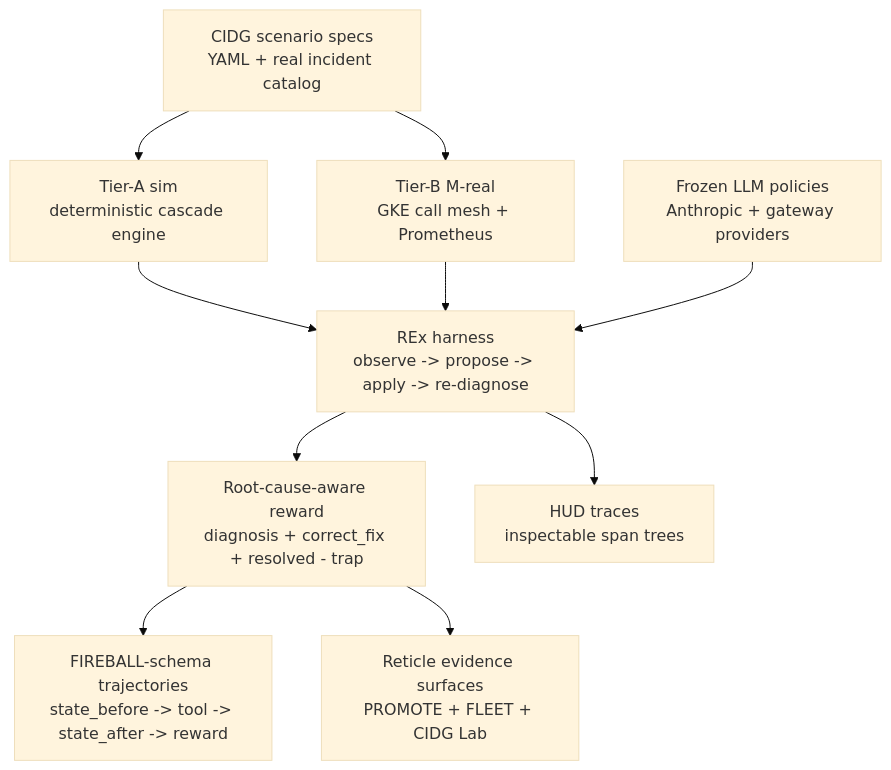
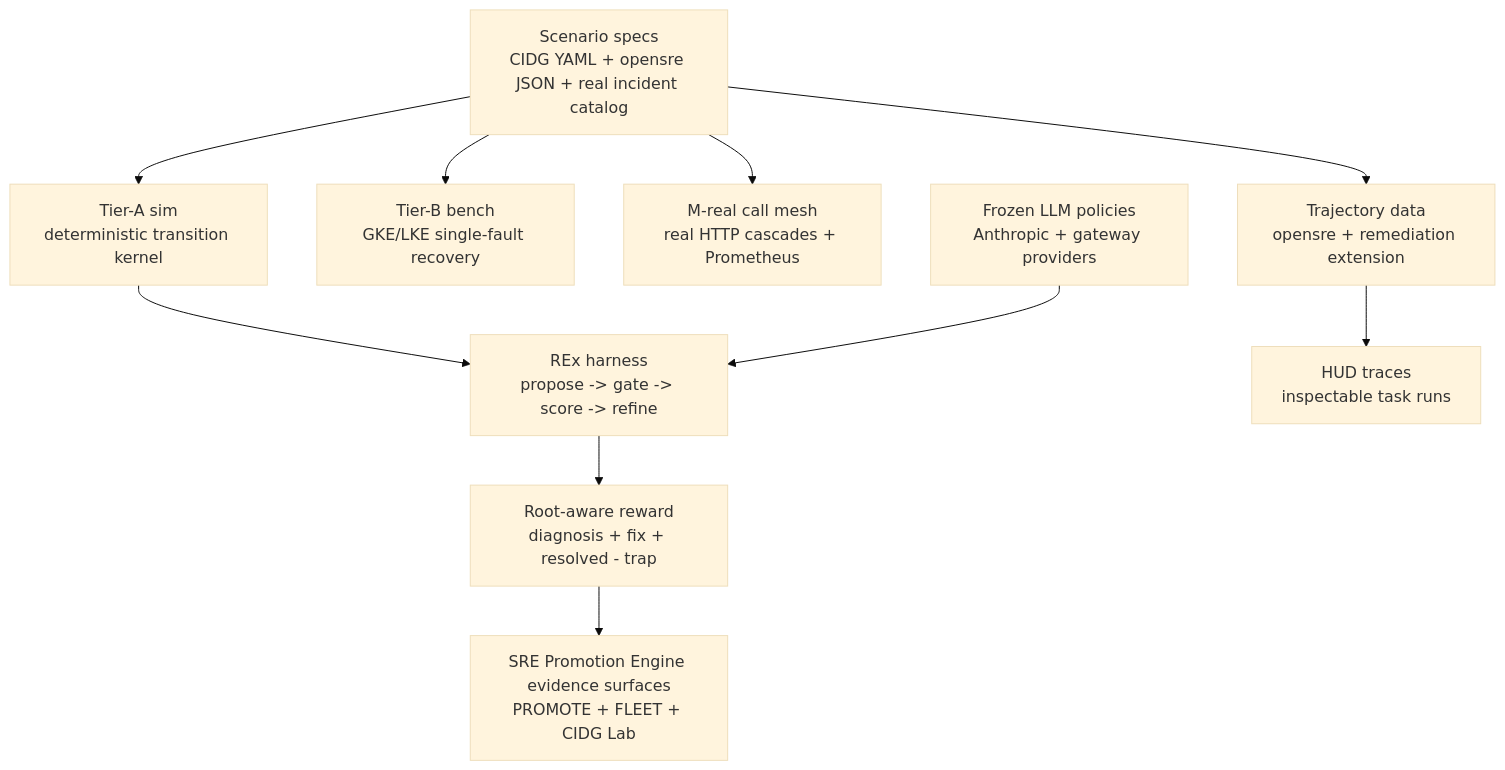
Before and after one commit to Wenjix/SRE-Degrees: the second of 3 diagrams in README.md, drawn with Mermaid (base theme). The commit also changed other lines of this file and 14 other files, not shown here.

Commit message:
Reframe as SRE Promotion Engine

````diff
--- a/README.md
+++ b/README.md
@@ -107,22 +164,23 @@
 ```mermaid
 flowchart TB
-  Specs["CIDG scenario specs<br/>YAML + real incident catalog"]
-  Sim["Tier-A sim<br/>deterministic cascade engine"]
-  Live["Tier-B M-real<br/>GKE call mesh + Prometheus"]
+  Specs["Scenario specs<br/>CIDG YAML + opensre JSON + real incident catalog"]
+  Sim["Tier-A sim<br/>deterministic transition kernel"]
+  Bench["Tier-B bench<br/>GKE/LKE single-fault recovery"]
+  Live["M-real call mesh<br/>real HTTP cascades + Prometheus"]
   Policy["Frozen LLM policies<br/>Anthropic + gateway providers"]
-  Rex["REx harness<br/>observe -> propose -> apply -> re-diagnose"]
-  Grade["Root-cause-aware reward<br/>diagnosis + correct_fix + resolved - trap"]
-  Traj["FIREBALL-schema trajectories<br/>state_before -> tool -> state_after -> reward"]
-  Hud["HUD traces<br/>inspectable span trees"]
-  Console["Reticle evidence surfaces<br/>PROMOTE + FLEET + CIDG Lab"]
+  Rex["REx harness<br/>propose -> gate -> score -> refine"]
+  Grade["Root-aware reward<br/>diagnosis + fix + resolved - trap"]
+  Traj["Trajectory data<br/>opensre + remediation extension"]
+  Hud["HUD traces<br/>inspectable task runs"]
+  Console["SRE Promotion Engine evidence surfaces<br/>PROMOTE + FLEET + CIDG Lab"]
 
   Specs --> Sim
+  Specs --> Bench
   Specs --> Live
   Sim --> Rex
-  Live --> Rex
   Policy --> Rex
   Rex --> Grade
-  Grade --> Traj
-  Rex --> Hud
   Grade --> Console
+  Specs --> Traj
+  Traj --> Hud
 ```
````
